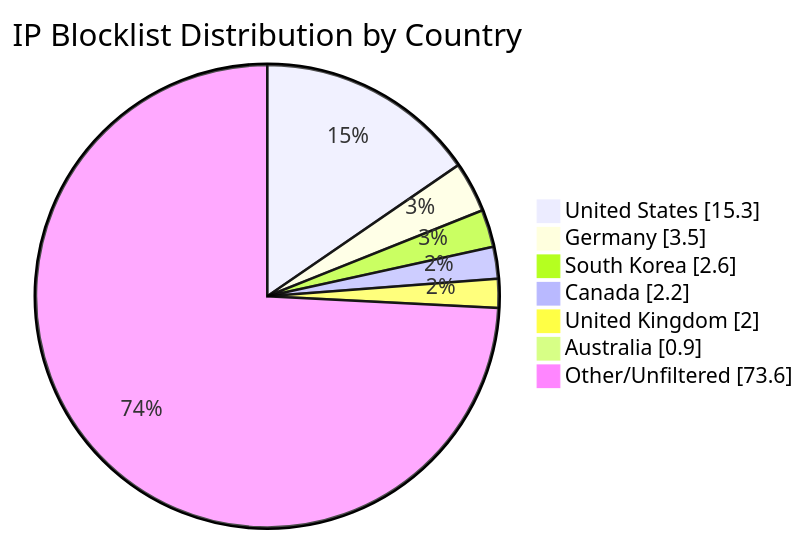
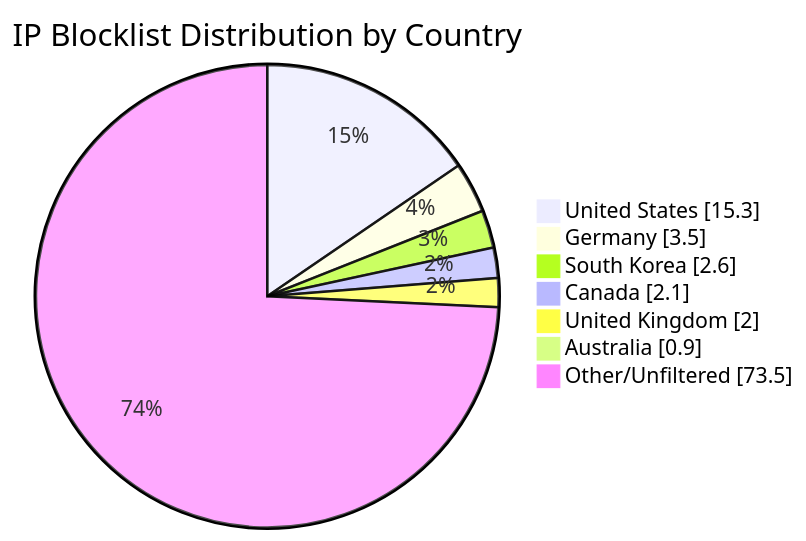
Before and after one commit to MarcusHoltz/ipblocklist-geofiltered-aggregator: the diagram in README.md, drawn with Mermaid. The commit also changed other lines of this file and 9 other files, not shown here.

````diff
--- a/README.md
+++ b/README.md
@@ -34,10 +34,10 @@
 ```mermaid
 pie showData title IP Blocklist Distribution by Country
 "United States" : 15.3
 "Germany" : 3.5
 "South Korea" : 2.6
-"Canada" : 2.2
+"Canada" : 2.1
 "United Kingdom" : 2.0
 "Australia" : 0.9
-"Other/Unfiltered" : 73.6
+"Other/Unfiltered" : 73.5
 ```
````
